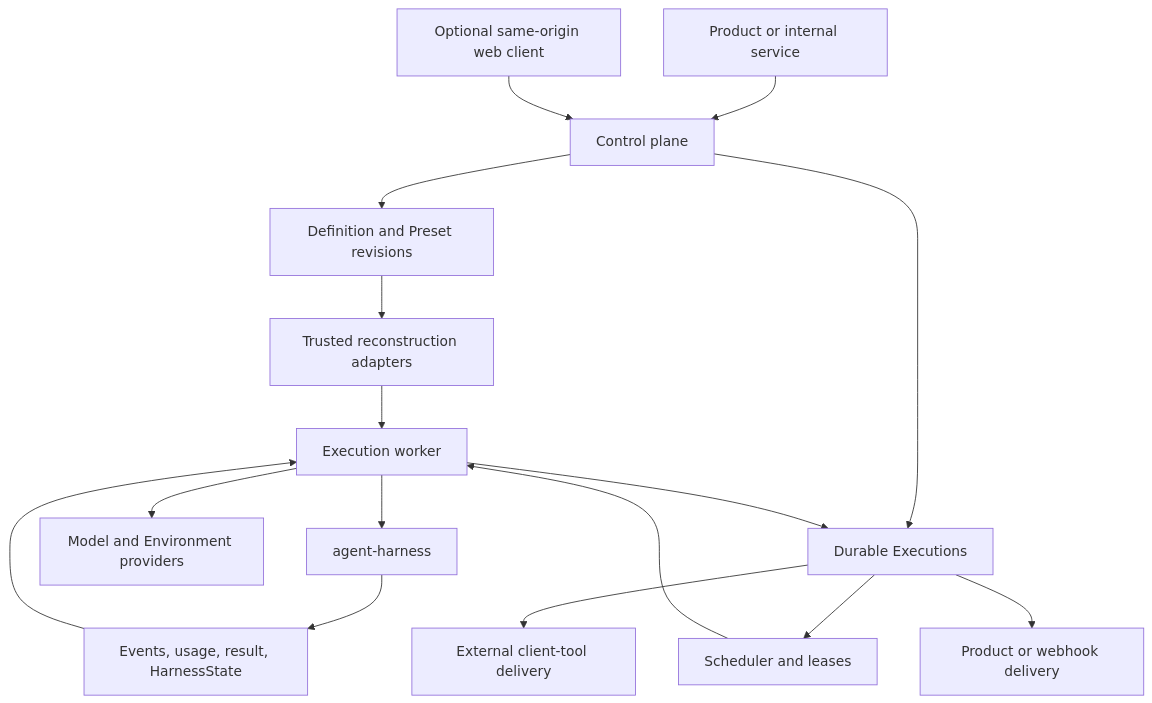
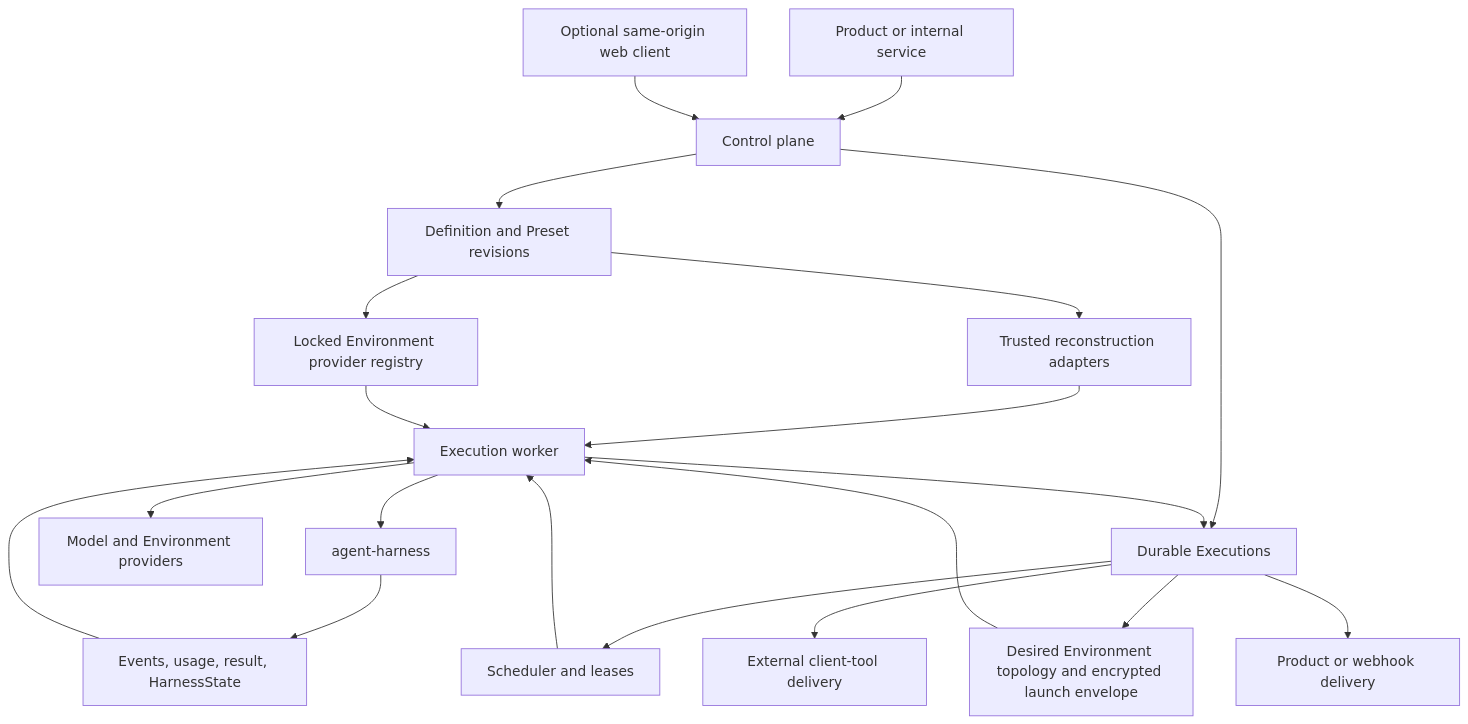
The first of 2 diagrams in spec/foundation-service/00-overview.md (LTThreeComma/agent-foundation), drawn with Mermaid before and after one commit. The commit also changed other lines of this file and 25 other files, not shown here.

````diff
--- a/spec/foundation-service/00-overview.md
+++ b/spec/foundation-service/00-overview.md
@@ -11,17 +11,21 @@
 ```mermaid
 flowchart TB
     Product[Product or internal service] --> Control[Control plane]
     Browser[Optional same-origin web client] --> Control
     Control --> Definitions[Definition and Preset revisions]
     Control --> Executions[Durable Executions]
     Executions --> Scheduler[Scheduler and leases]
     Scheduler --> Worker[Execution worker]
     Definitions --> Reconstruct[Trusted reconstruction adapters]
+    Definitions --> EnvRegistry[Locked Environment provider registry]
+    Executions --> Desired[Desired Environment topology and encrypted launch envelope]
     Reconstruct --> Worker
+    EnvRegistry --> Worker
+    Desired --> Worker
     Worker --> Providers[Model and Environment providers]
     Worker --> Harness[agent-harness]
     Harness --> Candidates[Events, usage, result, HarnessState]
     Candidates --> Worker --> Executions
     Executions --> ClientTools[External client-tool delivery]
     Executions --> Delivery[Product or webhook delivery]
 ```
````
